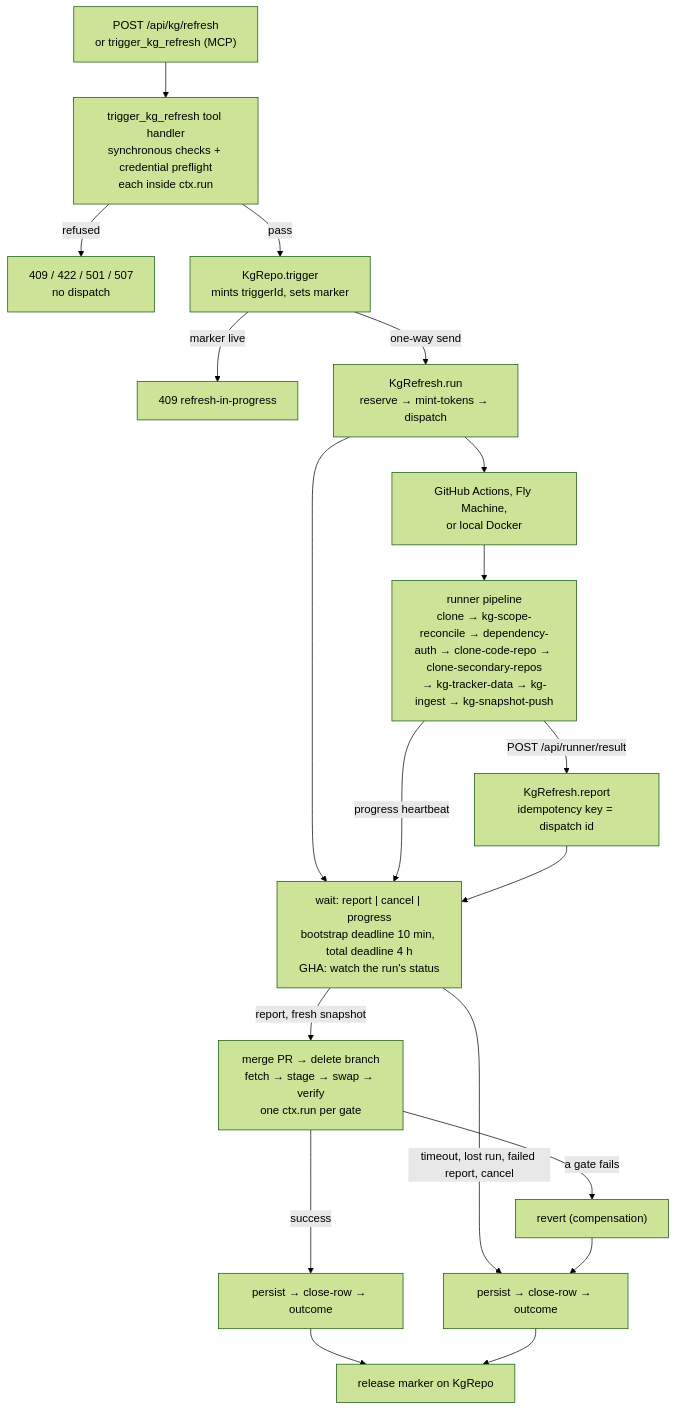
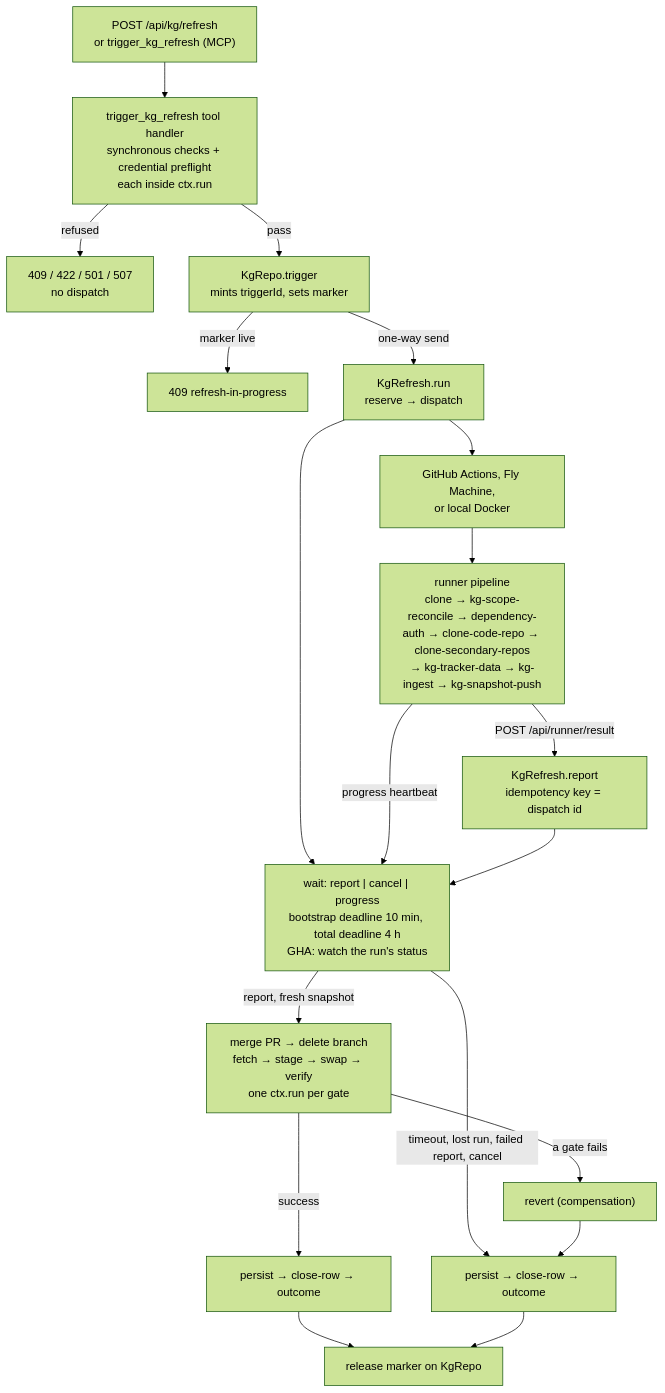
The diagram in docs/issueless-runs.md (BuildDownAI/AI-Implement), drawn with Mermaid (forest theme) before and after one commit. The commit also changed other lines of this file and 6 other files, not shown here.

Commit message:
AII-973: KgRefresh hardening: replace the stale-marker age check with a workflow-owned expiry, make dispatch reconcile-f

````diff
--- a/docs/issueless-runs.md
+++ b/docs/issueless-runs.md
@@ -25,21 +25,21 @@
 ```mermaid
 flowchart TD
     A["POST /api/kg/refresh\nor trigger_kg_refresh (MCP)"] --> B["trigger_kg_refresh tool handler\nsynchronous checks + credential preflight\neach inside ctx.run"]
     B -->|"refused"| R["409 / 422 / 501 / 507\nno dispatch"]
     B -->|"pass"| O["KgRepo.trigger\nmints triggerId, sets marker"]
     O -->|"marker live"| O2["409 refresh-in-progress"]
-    O -->|"one-way send"| W["KgRefresh.run\nreserve → mint-tokens → dispatch"]
+    O -->|"one-way send"| W["KgRefresh.run\nreserve → dispatch"]
     W --> E["GitHub Actions, Fly Machine,\nor local Docker"]
     E --> F["runner pipeline\nclone → kg-scope-reconcile → dependency-auth → clone-code-repo → clone-secondary-repos\n→ kg-tracker-data → kg-ingest → kg-snapshot-push"]
     W --> T["wait: report | cancel | progress\nbootstrap deadline 10 min, total deadline 4 h\nGHA: watch the run's status"]
     F -->|"progress heartbeat"| T
     F -->|"POST /api/runner/result"| G["KgRefresh.report\nidempotency key = dispatch id"]
     G --> T
     T -->|"report, fresh snapshot"| I["merge PR → delete branch\nfetch → stage → swap → verify\none ctx.run per gate"]
     T -->|"timeout, lost run, failed report, cancel"| K["persist → close-row → outcome"]
     I -->|"a gate fails"| V["revert (compensation)"]
     V --> K
     I -->|"success"| J["persist → close-row → outcome"]
     J --> Z["release marker on KgRepo"]
     K --> Z
 ```
````
